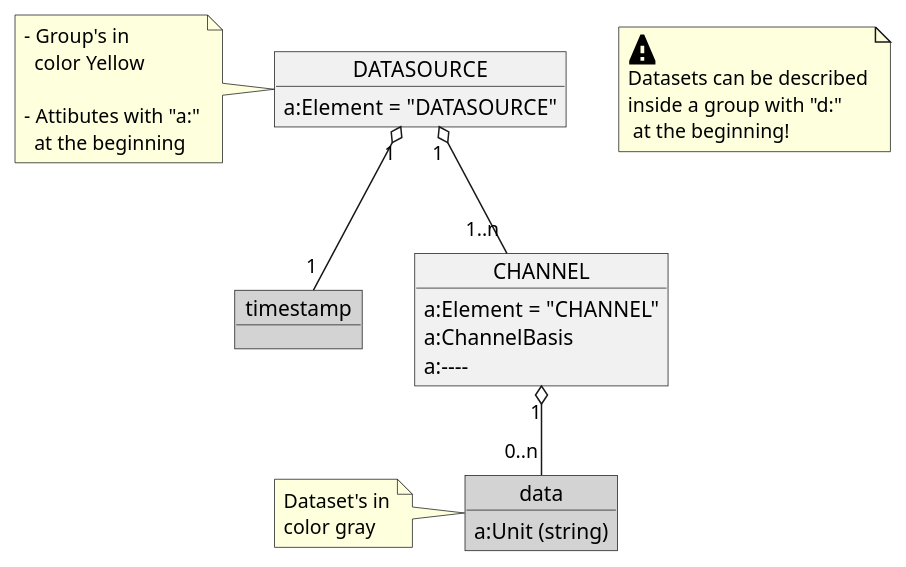
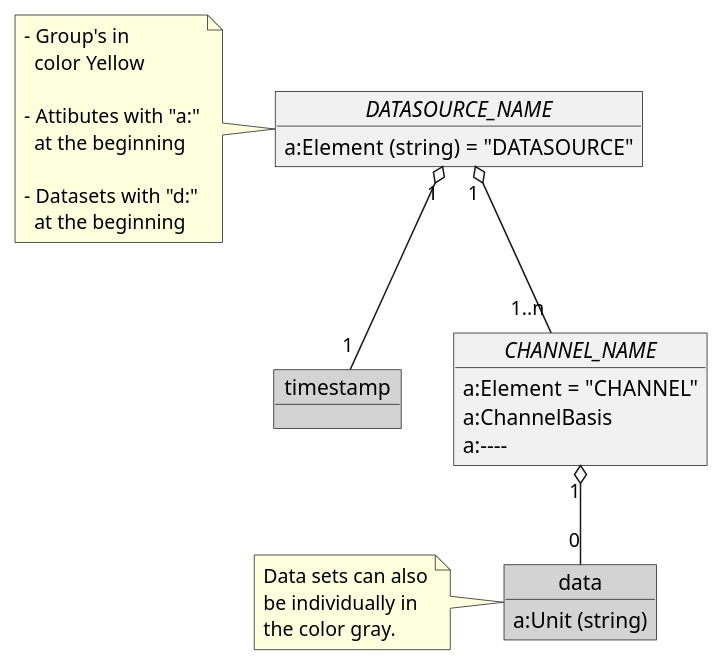
The first of 9 diagrams in images/RCM-DX_images.puml (OpenRailAssociation/rcm-dx), drawn with PlantUML before and after one commit. The commit also changed other lines of this file and 1 other file, not shown here.

```diff
--- a/images/RCM-DX_images.puml
+++ b/images/RCM-DX_images.puml
@@ -4,41 +4,38 @@
 @startuml RCM_DX_diagram_example
 
-  object DATASOURCE {
-    a:Element = "DATASOURCE"
+  object "//DATASOURCE_NAME//" as DATASOURCE {
+    a:Element (string) = "DATASOURCE"
   }
   note left
     - Group's in
       color Yellow
     
     - Attibutes with "a:"
       at the beginning
+
+    - Datasets with "d:"
+      at the beginning
   end note
 
   object timestamp #LightGray
 
-  object CHANNEL {
+  object "//CHANNEL_NAME//" as channel {
     a:Element = "CHANNEL"
     a:ChannelBasis
     a:----
   }
 
   object data #LightGray{
     a:Unit (string)
   }
   note left
-    Dataset's in
-    color gray
-  end note
-
-  note as HINT
-    <size:30><&warning>
-    Datasets can be described
-    inside a group with "d:"
-     at the beginning!
+    Data sets can also
+    be individually in 
+    the color gray.
   end note
 
   DATASOURCE "1" o-- "1" timestamp
-  DATASOURCE "1" o-- "1..n" CHANNEL
-  CHANNEL "1" o-- "0..n" data
+  DATASOURCE "1" o-- "1..n" channel
+  channel "1" o-- "0" data
 
 @enduml
```
